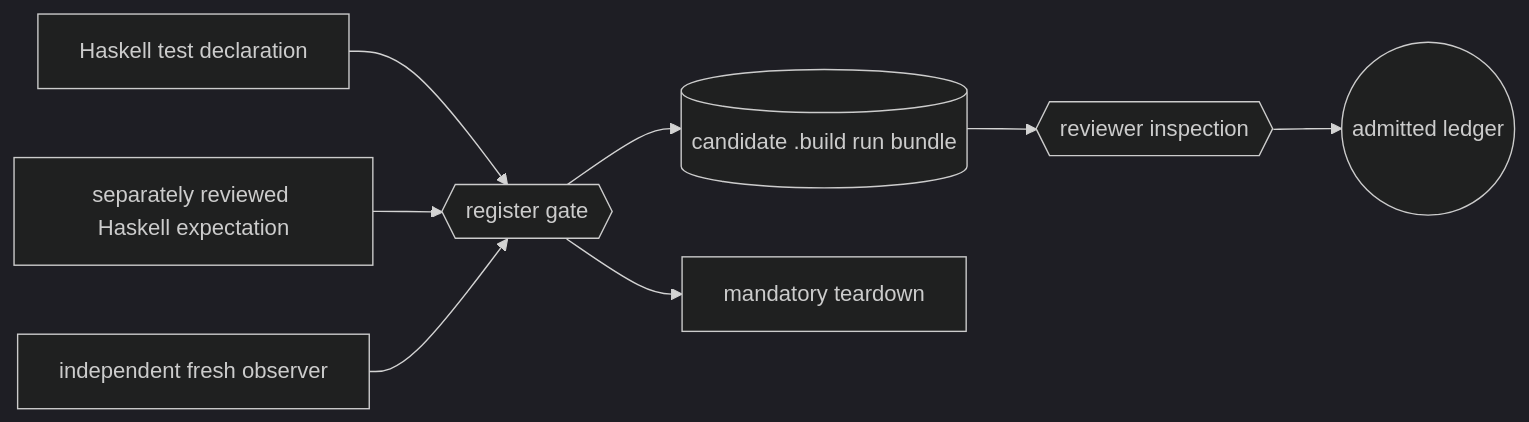
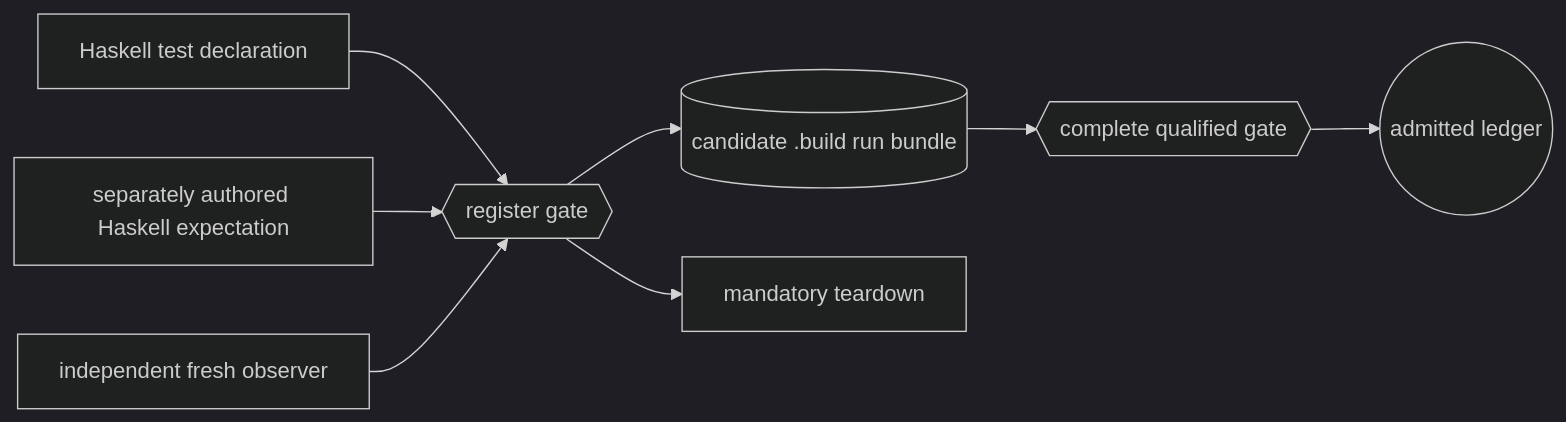
One commit to Tuee22/amoebius changed the first of 4 diagrams in documents/engineering/testing_doctrine.md. Above: the diagram before and after it, drawn with Mermaid (dark theme). The commit also changed other lines of this file and 250 other files, not shown here.

````diff
--- a/documents/engineering/testing_doctrine.md
+++ b/documents/engineering/testing_doctrine.md
@@ -45,11 +45,11 @@
 ```mermaid
 flowchart LR
 %% register: orientation
   spec["Haskell test declaration"] --> gate{{"register gate"}}
-  oracle["separately reviewed Haskell expectation"] --> gate
+  oracle["separately authored Haskell expectation"] --> gate
   observer["independent fresh observer"] --> gate
   gate --> evidence[("candidate .build run bundle")]
-  evidence --> review{{"reviewer inspection"}}
-  review --> ledger(("admitted ledger"))
+  evidence --> pass{{"complete qualified gate"}}
+  pass --> ledger(("admitted ledger"))
   gate --> teardown["mandatory teardown"]
 ```
````
